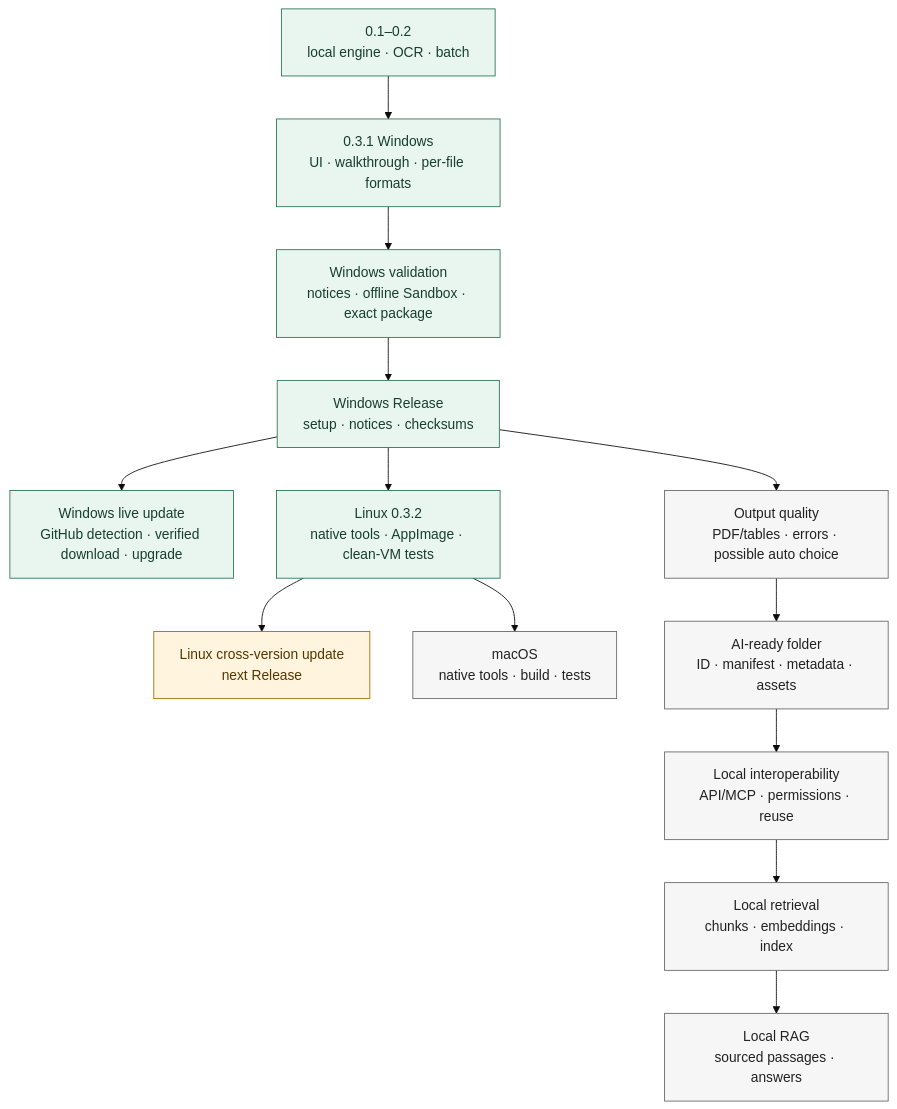
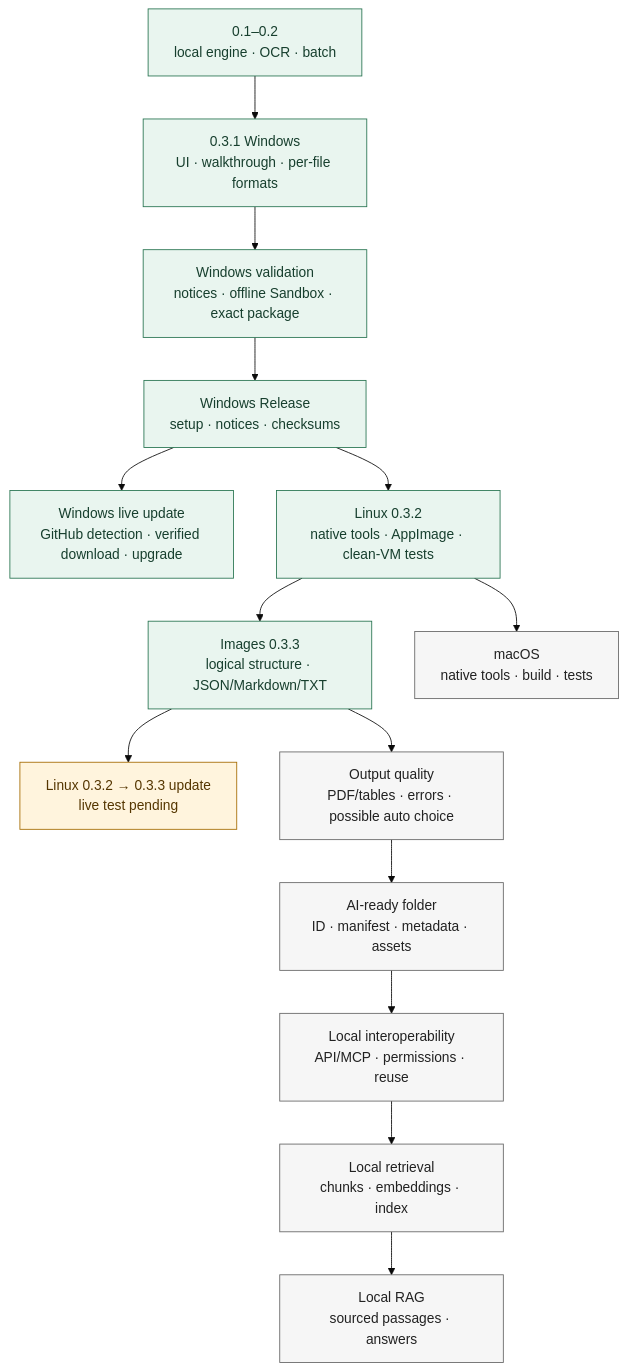
One commit to ergocogn/local-ai-ready-converter-releases changed the diagram in docs/ROADMAP.en.md. Above: the diagram before and after it, drawn with Mermaid (base theme). The commit also changed other lines of this file and 1 other file, not shown here.

Commit message:
Update roadmap for 0.3.3 image structure release

````diff
--- a/docs/ROADMAP.en.md
+++ b/docs/ROADMAP.en.md
@@ -7,21 +7,22 @@
 ```mermaid
 flowchart TB
   A["0.1–0.2<br/>local engine · OCR · batch"] --> B["0.3.1 Windows<br/>UI · walkthrough · per-file formats"]
   B --> C["Windows validation<br/>notices · offline Sandbox · exact package"]
   C --> D["Windows Release<br/>setup · notices · checksums"]
   D --> U["Windows live update<br/>GitHub detection · verified download · upgrade"]
 
-  D --> L["Linux 0.3.2<br/>native tools · AppImage · clean-VM tests"] --> UL["Linux cross-version update<br/>next Release"]
+  D --> L["Linux 0.3.2<br/>native tools · AppImage · clean-VM tests"] --> S["Images 0.3.3<br/>logical structure · JSON/Markdown/TXT"]
+  S --> UL["Linux 0.3.2 → 0.3.3 update<br/>live test pending"]
   L --> M["macOS<br/>native tools · build · tests"]
-  D --> Q["Output quality<br/>PDF/tables · errors · possible auto choice"]
+  S --> Q["Output quality<br/>PDF/tables · errors · possible auto choice"]
   Q --> F["AI-ready folder<br/>ID · manifest · metadata · assets"]
   F --> P["Local interoperability<br/>API/MCP · permissions · reuse"]
   P --> K["Local retrieval<br/>chunks · embeddings · index"] --> R["Local RAG<br/>sourced passages · answers"]
 
   classDef done fill:#e9f5ef,stroke:#287451,color:#173f2e
   classDef active fill:#fff4dd,stroke:#a56b00,color:#553600
   classDef future fill:#f6f6f6,stroke:#666,color:#222
-  class A,B,C,D,U,L done
+  class A,B,C,D,U,L,S done
   class UL active
   class M,Q,F,P,K,R future
 ```
````
